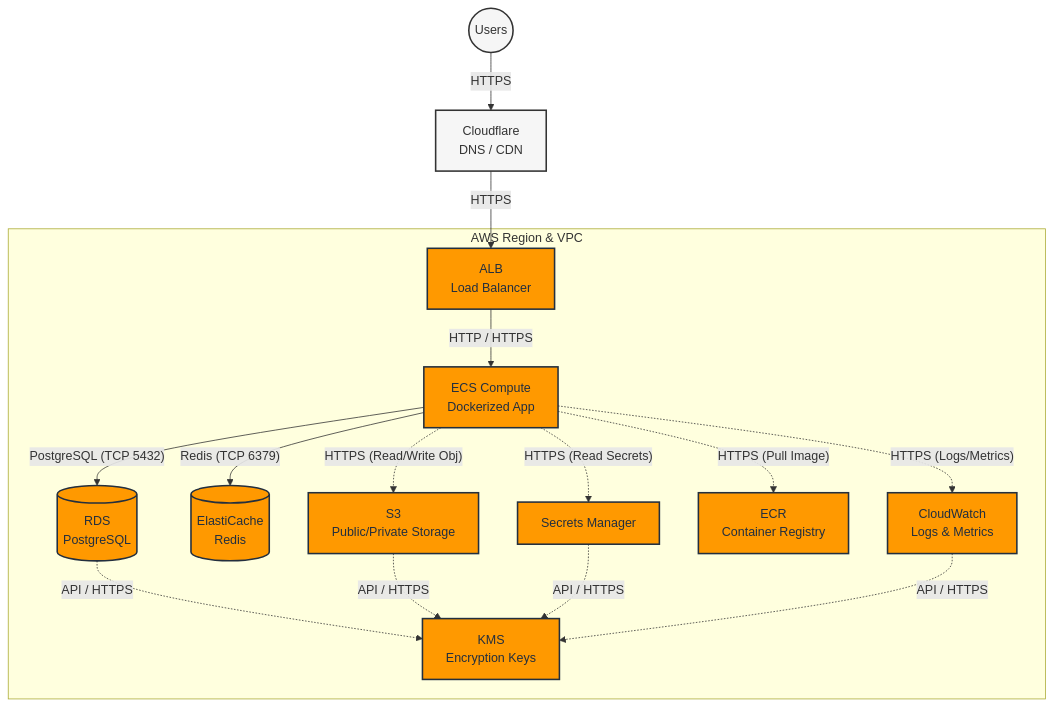
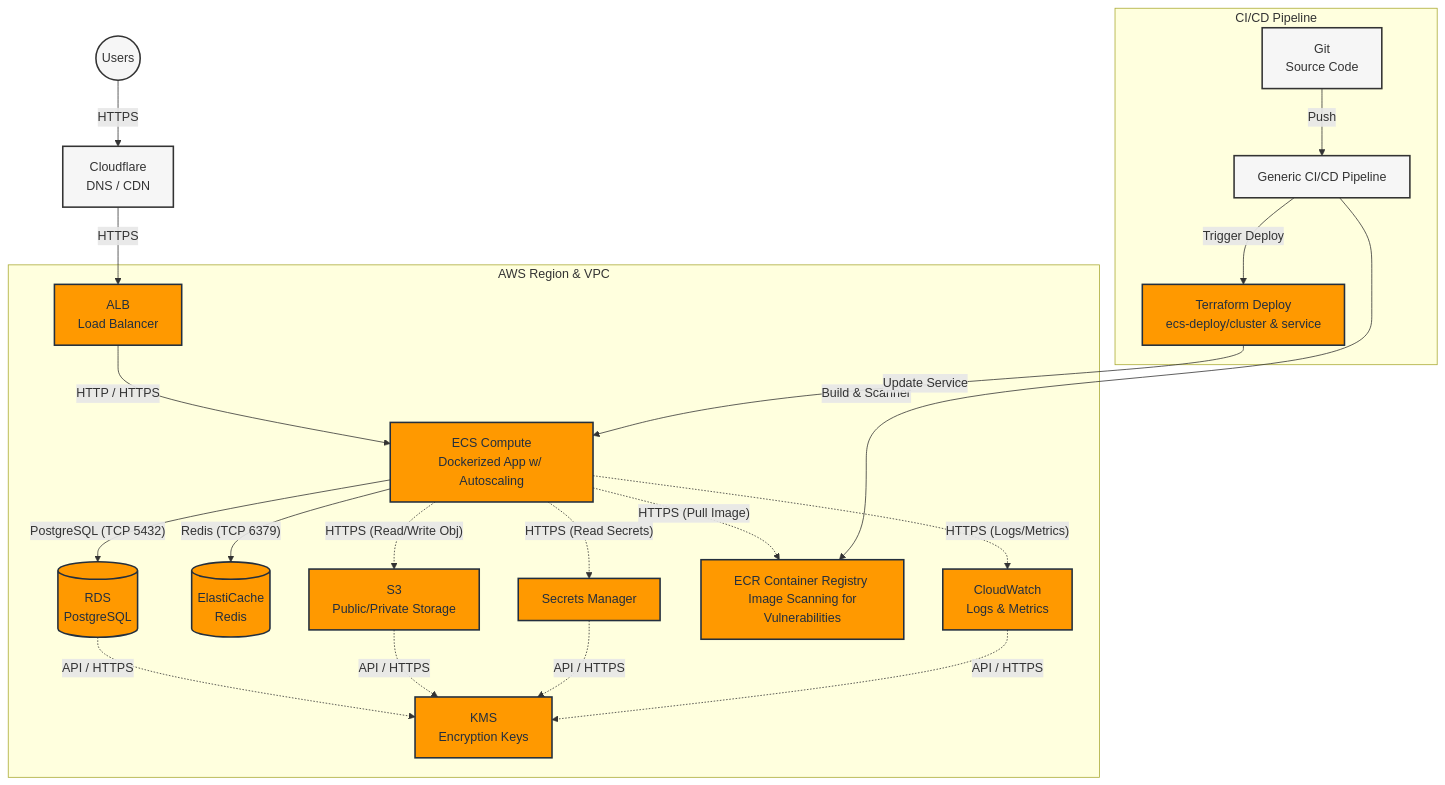
One commit to dbl-works/terraform changed the first of 2 diagrams in aws/stack/architecture.md. Above: the diagram before and after it, drawn with Mermaid. The commit also changed other lines of this file, not shown here.

````diff
--- a/aws/stack/architecture.md
+++ b/aws/stack/architecture.md
@@ -5,41 +5,53 @@
 ```mermaid
 graph TD
     classDef aws fill:#FF9900,stroke:#232F3E,stroke-width:2px,color:#232F3E;
     classDef external fill:#f6f6f6,stroke:#333,stroke-width:2px;
 
     %% External entities
     Users((Users)):::external
     CF[Cloudflare <br/> DNS / CDN]:::external
     
     subgraph AWS_VPC [AWS Region & VPC]
         ALB[ALB <br/> Load Balancer]:::aws
-        ECS[ECS Compute<br/>Dockerized App]:::aws
+        ECS[ECS Compute<br/>Dockerized App w/ Autoscaling]:::aws
         RDS[(RDS<br/>PostgreSQL)]:::aws
         ElastiCache[(ElastiCache<br/>Redis)]:::aws
         
         SM[Secrets Manager]:::aws
         S3[S3 <br/> Public/Private Storage]:::aws
         KMS[KMS <br/> Encryption Keys]:::aws
-        ECR[ECR <br/> Container Registry]:::aws
+        ECR[ECR Container Registry <br/> Image Scanning for Vulnerabilities]:::aws
         CW[CloudWatch <br/> Logs & Metrics]:::aws
     end
 
     %% Connections
     Users -- "HTTPS" --> CF
     CF -- "HTTPS" --> ALB
     ALB -- "HTTP / HTTPS" --> ECS
     
     ECS -- "PostgreSQL (TCP 5432)" --> RDS
     ECS -- "Redis (TCP 6379)" --> ElastiCache
     
     ECS -. "HTTPS (Pull Image)" .-> ECR
     ECS -. "HTTPS (Read Secrets)" .-> SM
     ECS -. "HTTPS (Read/Write Obj)" .-> S3
     ECS -. "HTTPS (Logs/Metrics)" .-> CW
     
     %% KMS Dependencies
     RDS -. "API / HTTPS" .-> KMS
     S3 -. "API / HTTPS" .-> KMS
     SM -. "API / HTTPS" .-> KMS
     CW -. "API / HTTPS" .-> KMS
+
+    subgraph CICD_Pipeline [CI/CD Pipeline]
+        Git[Git <br/> Source Code]:::external
+        Pipeline[Generic CI/CD Pipeline]:::external
+        Deploy[Terraform Deploy <br/> ecs-deploy/cluster & service]:::aws
+    end
+
+    %% Deployment flow
+    Git -- "Push" --> Pipeline
+    Pipeline -- "Build & Scanner" --> ECR
+    Pipeline -- "Trigger Deploy" --> Deploy
+    Deploy -- "Update Service" --> ECS
 ```
````
